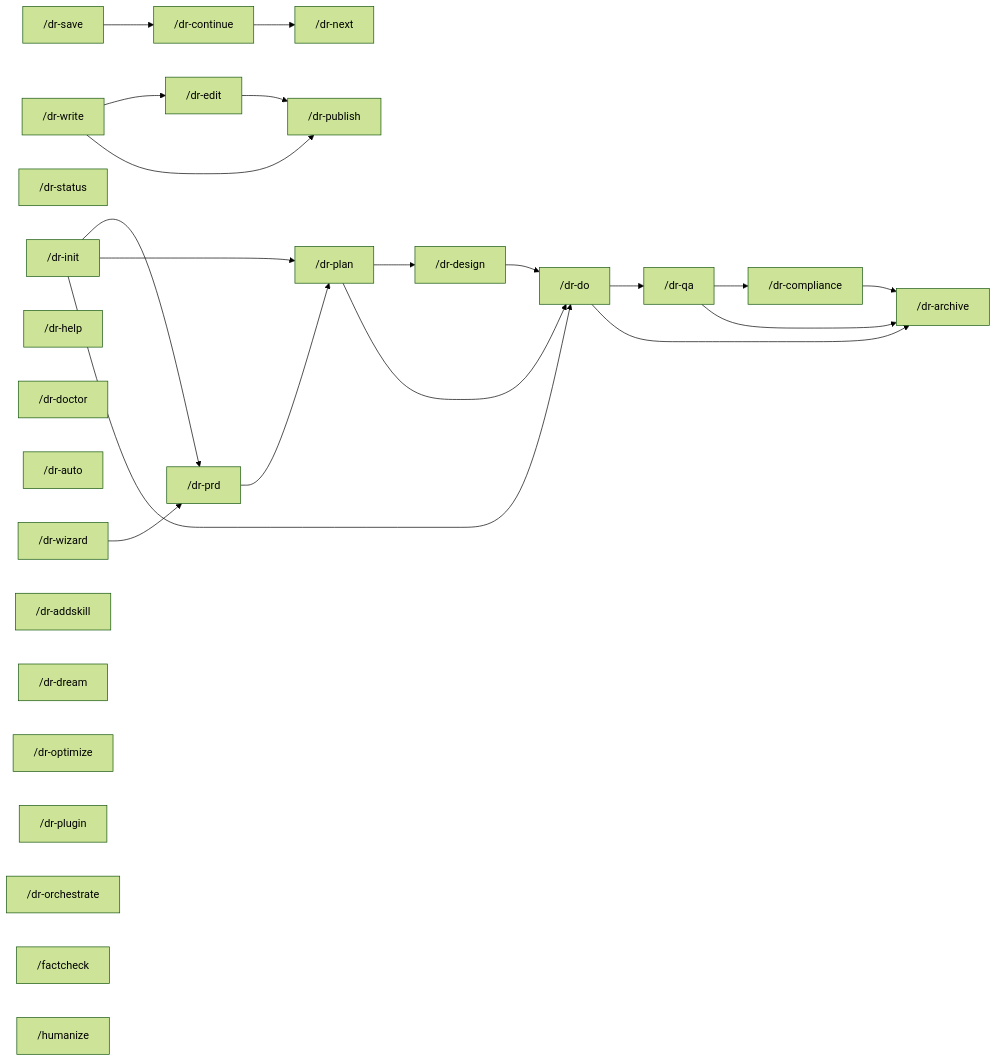
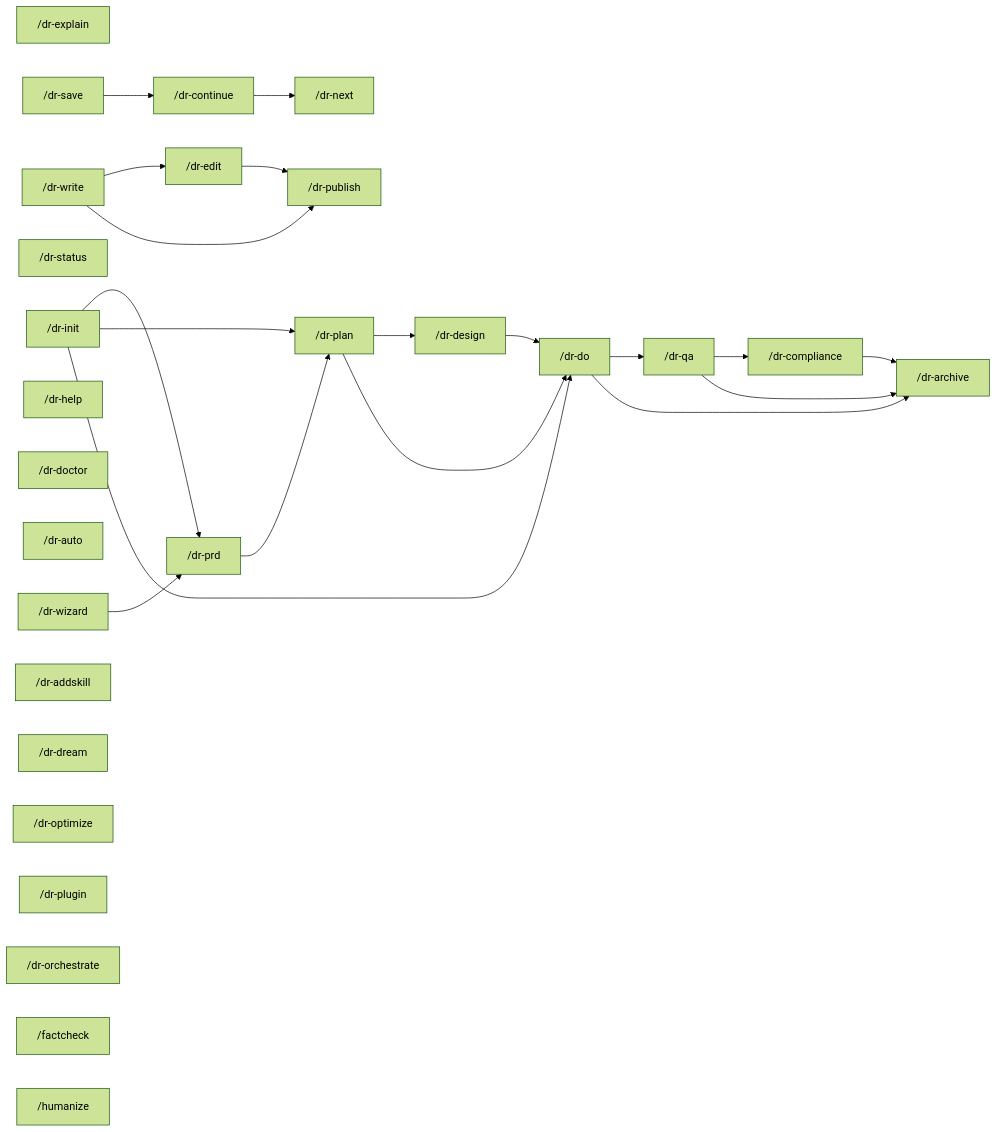
One commit to Arcanada-one/datarim changed the diagram in skills/visual-maps/command-dependencies.md. Above: the diagram before and after it, drawn with Mermaid (forest theme). The commit also changed other lines of this file and 92 other files, not shown here.

````diff
--- a/skills/visual-maps/command-dependencies.md
+++ b/skills/visual-maps/command-dependencies.md
@@ -7,32 +7,33 @@
 ```mermaid
 graph LR
+    dr-explain["/dr-explain"]
     dr-init["/dr-init"] --> dr-prd["/dr-prd"]
     dr-init["/dr-init"] --> dr-plan["/dr-plan"]
     dr-init["/dr-init"] --> dr-do["/dr-do"]
     dr-prd["/dr-prd"] --> dr-plan["/dr-plan"]
     dr-wizard["/dr-wizard"] --> dr-prd["/dr-prd"]
     dr-plan["/dr-plan"] --> dr-design["/dr-design"]
     dr-plan["/dr-plan"] --> dr-do["/dr-do"]
     dr-design["/dr-design"] --> dr-do["/dr-do"]
     dr-do["/dr-do"] --> dr-qa["/dr-qa"]
     dr-do["/dr-do"] --> dr-archive["/dr-archive"]
     dr-qa["/dr-qa"] --> dr-compliance["/dr-compliance"]
     dr-qa["/dr-qa"] --> dr-archive["/dr-archive"]
     dr-compliance["/dr-compliance"] --> dr-archive["/dr-archive"]
     dr-status["/dr-status"]
     dr-save["/dr-save"] --> dr-continue["/dr-continue"]
     dr-continue["/dr-continue"] --> dr-next["/dr-next"]
     dr-help["/dr-help"]
     dr-doctor["/dr-doctor"]
     dr-auto["/dr-auto"]
     dr-write["/dr-write"] --> dr-edit["/dr-edit"]
     dr-write["/dr-write"] --> dr-publish["/dr-publish"]
     dr-edit["/dr-edit"] --> dr-publish["/dr-publish"]
     dr-addskill["/dr-addskill"]
     dr-dream["/dr-dream"]
     dr-optimize["/dr-optimize"]
     dr-plugin["/dr-plugin"]
     dr-orchestrate["/dr-orchestrate"]
     factcheck["/factcheck"]
     humanize["/humanize"]
 ```
````
